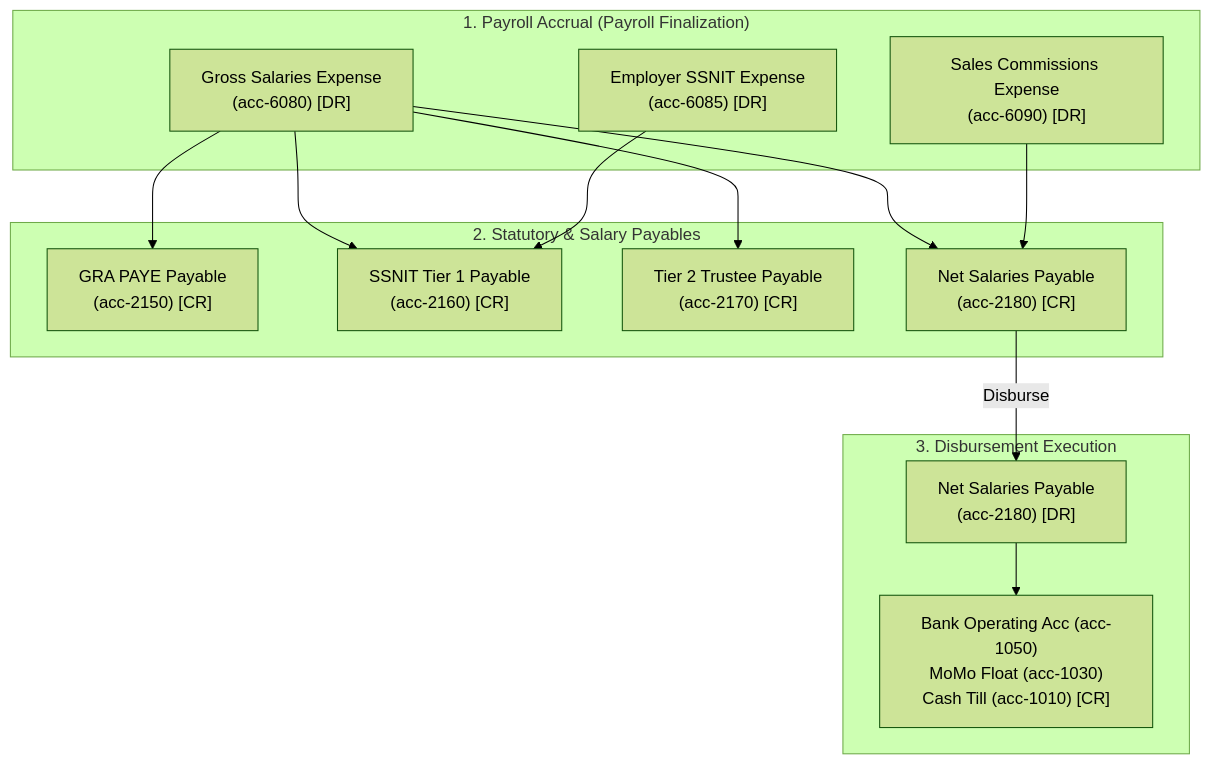
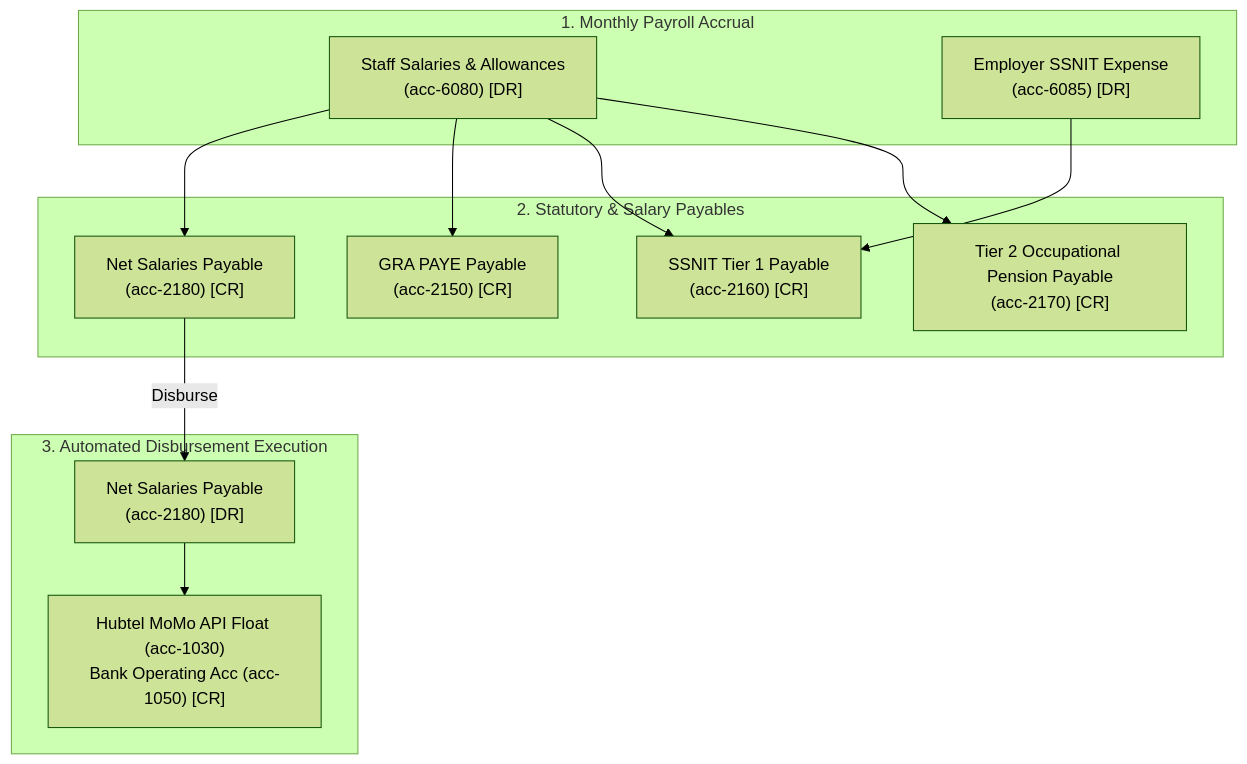
The diagram in amen-mart-hr-payroll-plan.md (DevSurgeInfotech/amendesk), drawn with Mermaid (forest theme) before and after one commit. The commit also changed other lines of this file and 1 other file, not shown here.

Commit message:
docs(hr-payroll): refine HR and payroll plan to salaried-only staff and automated Hubtel API payouts

````diff
--- a/amen-mart-hr-payroll-plan.md
+++ b/amen-mart-hr-payroll-plan.md
@@ -100,27 +101,25 @@
 ```mermaid
 flowchart TD
-    subgraph Earnings ["1. Payroll Accrual (Payroll Finalization)"]
-        G["Gross Salaries Expense\n(acc-6080) [DR]"]
+    subgraph Earnings ["1. Monthly Payroll Accrual"]
+        G["Staff Salaries & Allowances\n(acc-6080) [DR]"]
         E["Employer SSNIT Expense\n(acc-6085) [DR]"]
-        C["Sales Commissions Expense\n(acc-6090) [DR]"]
     end
 
     subgraph Liabilities ["2. Statutory & Salary Payables"]
         P["GRA PAYE Payable\n(acc-2150) [CR]"]
         S["SSNIT Tier 1 Payable\n(acc-2160) [CR]"]
-        T["Tier 2 Trustee Payable\n(acc-2170) [CR]"]
+        T["Tier 2 Occupational Pension Payable\n(acc-2170) [CR]"]
         N["Net Salaries Payable\n(acc-2180) [CR]"]
     end
 
-    subgraph Settlement ["3. Disbursement Execution"]
+    subgraph Settlement ["3. Automated Disbursement Execution"]
         N -->|Disburse| DP["Net Salaries Payable\n(acc-2180) [DR]"]
-        DP --> B["Bank Operating Acc (acc-1050)\nMoMo Float (acc-1030)\nCash Till (acc-1010) [CR]"]
+        DP --> B["Hubtel MoMo API Float (acc-1030)\nBank Operating Acc (acc-1050) [CR]"]
     end
 
     G --> N
     G --> P
     G --> S
     G --> T
     E --> S
-    C --> N
 ```
````
